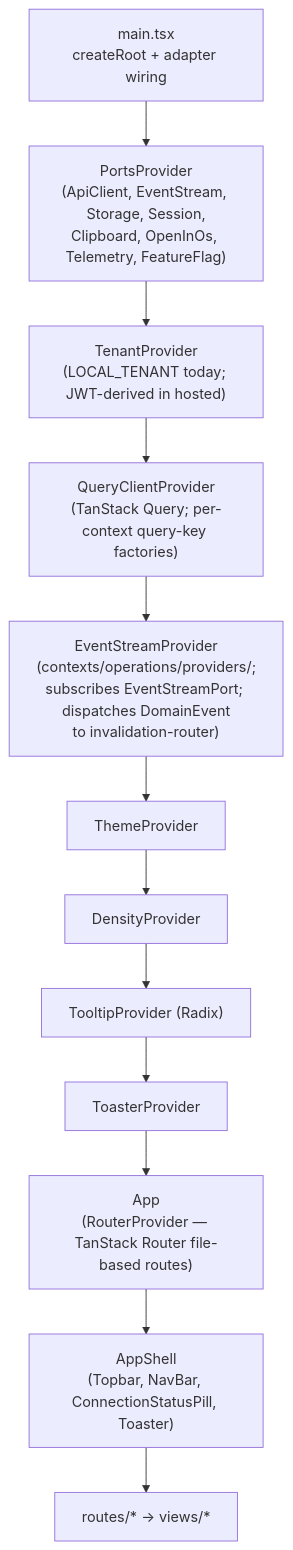
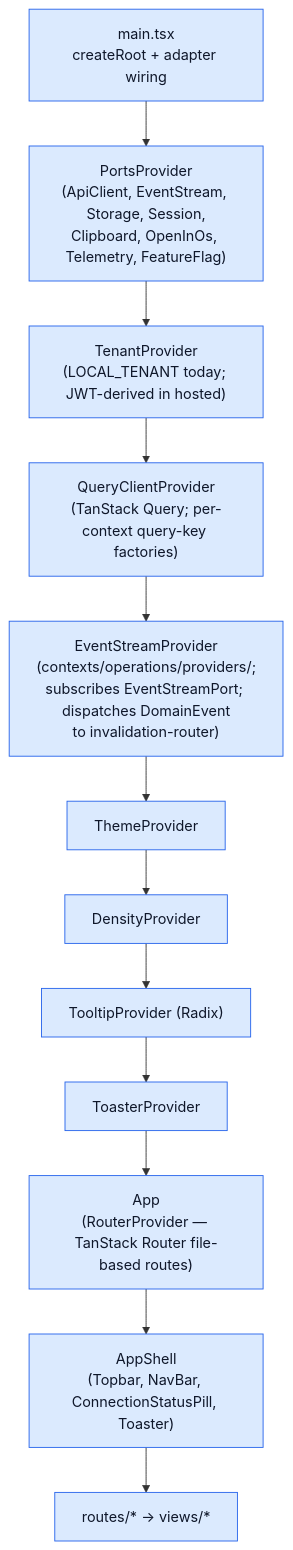
One commit to ebarti/JobCtrl changed the first of 2 diagrams in docs/architecture/runtime.md. Above: the diagram before and after it, drawn with Mermaid. The commit also changed other lines of this file and 57 other files, not shown here.

````diff
--- a/docs/architecture/runtime.md
+++ b/docs/architecture/runtime.md
@@ -112,17 +127,20 @@
 ```mermaid
 flowchart TB
   Main["main.tsx<br/>createRoot + adapter wiring"]
   PP["PortsProvider<br/>(ApiClient, EventStream, Storage, Session,<br/>Clipboard, OpenInOs, Telemetry, FeatureFlag)"]
   TP["TenantProvider<br/>(LOCAL_TENANT today; JWT-derived in hosted)"]
   QC["QueryClientProvider<br/>(TanStack Query; per-context query-key factories)"]
   ES["EventStreamProvider<br/>(contexts/operations/providers/;<br/>subscribes EventStreamPort; dispatches DomainEvent<br/>to invalidation-router)"]
   TH["ThemeProvider"]
   DN["DensityProvider"]
   TT["TooltipProvider (Radix)"]
   TS["ToasterProvider"]
   App["App<br/>(RouterProvider — TanStack Router file-based routes)"]
   Shell["AppShell<br/>(Topbar, NavBar, ConnectionStatusPill, Toaster)"]
   Routes["routes/* → views/*"]
 
   Main --> PP --> TP --> QC --> ES --> TH --> DN --> TT --> TS --> App --> Shell --> Routes
+
+  classDef ui fill:#dbeafe,stroke:#2563eb,color:#0f172a
+  class Main,PP,TP,QC,ES,TH,DN,TT,TS,App,Shell,Routes ui
 ```
````
